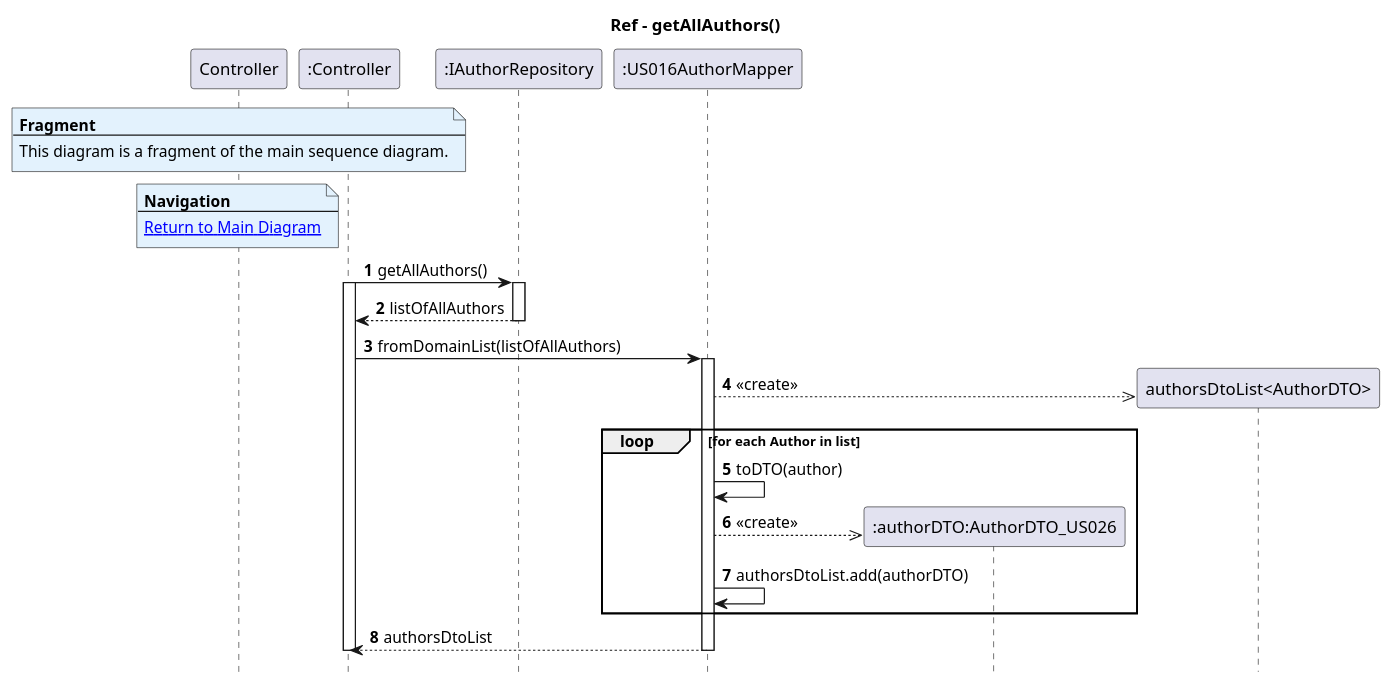
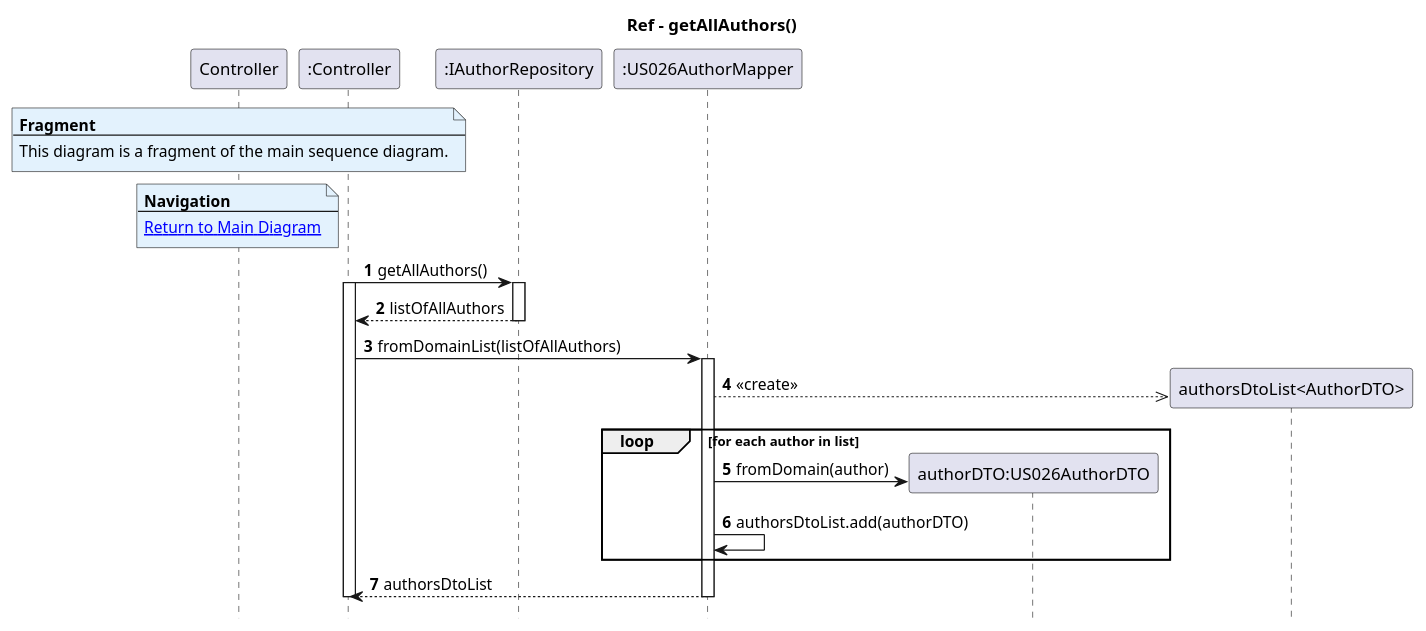
One commit to AndrePereiraGitH/SWitCH-Project-Team_A changed the diagram in Diagrams/SequenceDiagrams/N2/US026-to-get-list-of-items-in-auction-of-a-given-author/2.GetAllAuthors.puml. Above: the diagram before and after it, drawn with PlantUML. The commit also changed 3 other files, not shown here.

```diff
--- a/Diagrams/SequenceDiagrams/N2/US026-to-get-list-of-items-in-auction-of-a-given-author/2.GetAllAuthors.puml
+++ b/Diagrams/SequenceDiagrams/N2/US026-to-get-list-of-items-in-auction-of-a-given-author/2.GetAllAuthors.puml
@@ -1,48 +1,47 @@
 @startuml
 hide footbox
 autonumber
 title Ref - getAllAuthors()
 
 note over Controller #E3F2FD
 <b>Fragment</b>
 ---
 This diagram is a fragment of the main sequence diagram.
 end note
 
 note over Controller #E3F2FD
 <b>Navigation</b>
 ---
 [[1.MainDiagram.puml Return to Main Diagram]]
 end note
 
 participant ":Controller" as Ctrl
 participant ":IAuthorRepository" as AuthorRepository
-participant ":US016AuthorMapper" as AuthorMapper
-participant ":authorDTO:AuthorDTO_US026" as AuthorDTO
+participant ":US026AuthorMapper" as AuthorMapper
+participant "authorDTO:US026AuthorDTO" as AuthorDTO
 participant "authorsDtoList<AuthorDTO>" as AuthorsListDto
 
 
 ' -------- Get All Authors in System --------
 Ctrl -> AuthorRepository : getAllAuthors()
 activate Ctrl
 activate AuthorRepository
 AuthorRepository --> Ctrl : listOfAllAuthors
 deactivate AuthorRepository
 
 
 '------ Convert List of Authors into DTO --------
 Ctrl -> AuthorMapper : fromDomainList(listOfAllAuthors)
 activate AuthorMapper
 AuthorMapper -->> AuthorsListDto ** : <<create>>
 
-loop for each Author in list
-    AuthorMapper -> AuthorMapper : toDTO(author)
-    AuthorMapper -->> AuthorDTO ** : <<create>>
+loop for each author in list
+    AuthorMapper -> AuthorDTO ** : fromDomain(author)
     AuthorMapper -> AuthorMapper : authorsDtoList.add(authorDTO)
 end
 
 AuthorMapper --> Ctrl : authorsDtoList
 deactivate AuthorMapper
 
 deactivate Ctrl
 @enduml
```
